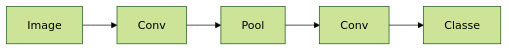
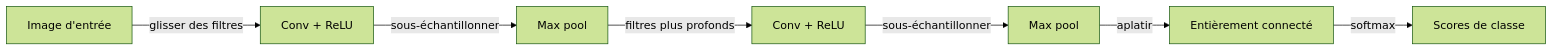
Before and after one commit to EmersonBraun/ai-summary-hub: the diagram in i18n/fr/docusaurus-plugin-content-docs/current/neural-networks/cnn.md, drawn with Mermaid (forest theme). The commit also changed other lines of this file and 242 other files, not shown here.

````diff
--- a/i18n/fr/docusaurus-plugin-content-docs/current/neural-networks/cnn.md
+++ b/i18n/fr/docusaurus-plugin-content-docs/current/neural-networks/cnn.md
@@ -17,7 +21,9 @@
 ```mermaid
 flowchart LR
-  Image[Image] --> Conv[Conv]
-  Conv --> Pool[Pool]
-  Pool --> Conv2[Conv]
-  Conv2 --> Class[Classe]
+  Image[Image d'entrée] -->|glisser des filtres| Conv1[Conv + ReLU]
+  Conv1 -->|sous-échantillonner| Pool1[Max pool]
+  Pool1 -->|filtres plus profonds| Conv2[Conv + ReLU]
+  Conv2 -->|sous-échantillonner| Pool2[Max pool]
+  Pool2 -->|aplatir| FC[Entièrement connecté]
+  FC -->|softmax| Class[Scores de classe]
 ```
````
